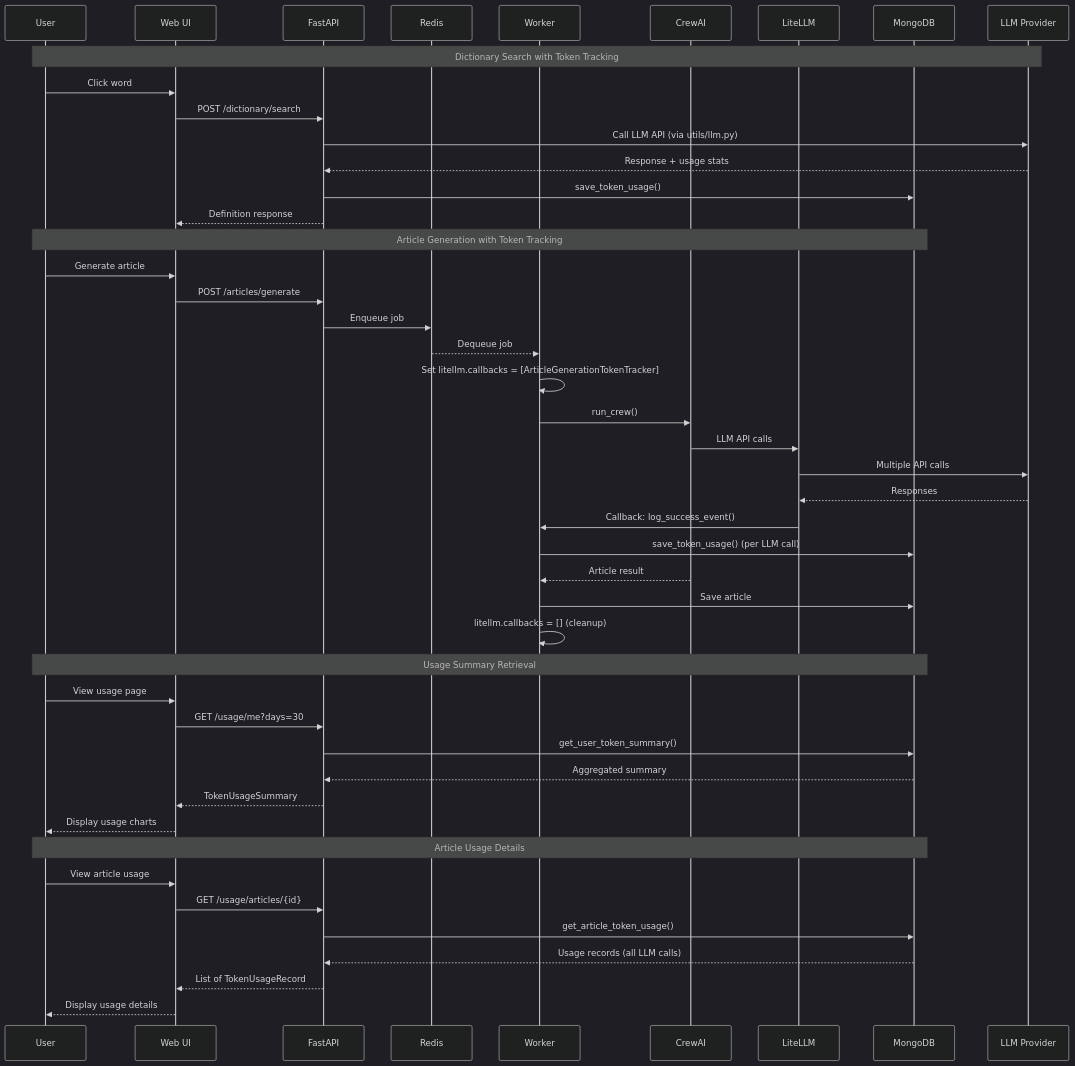
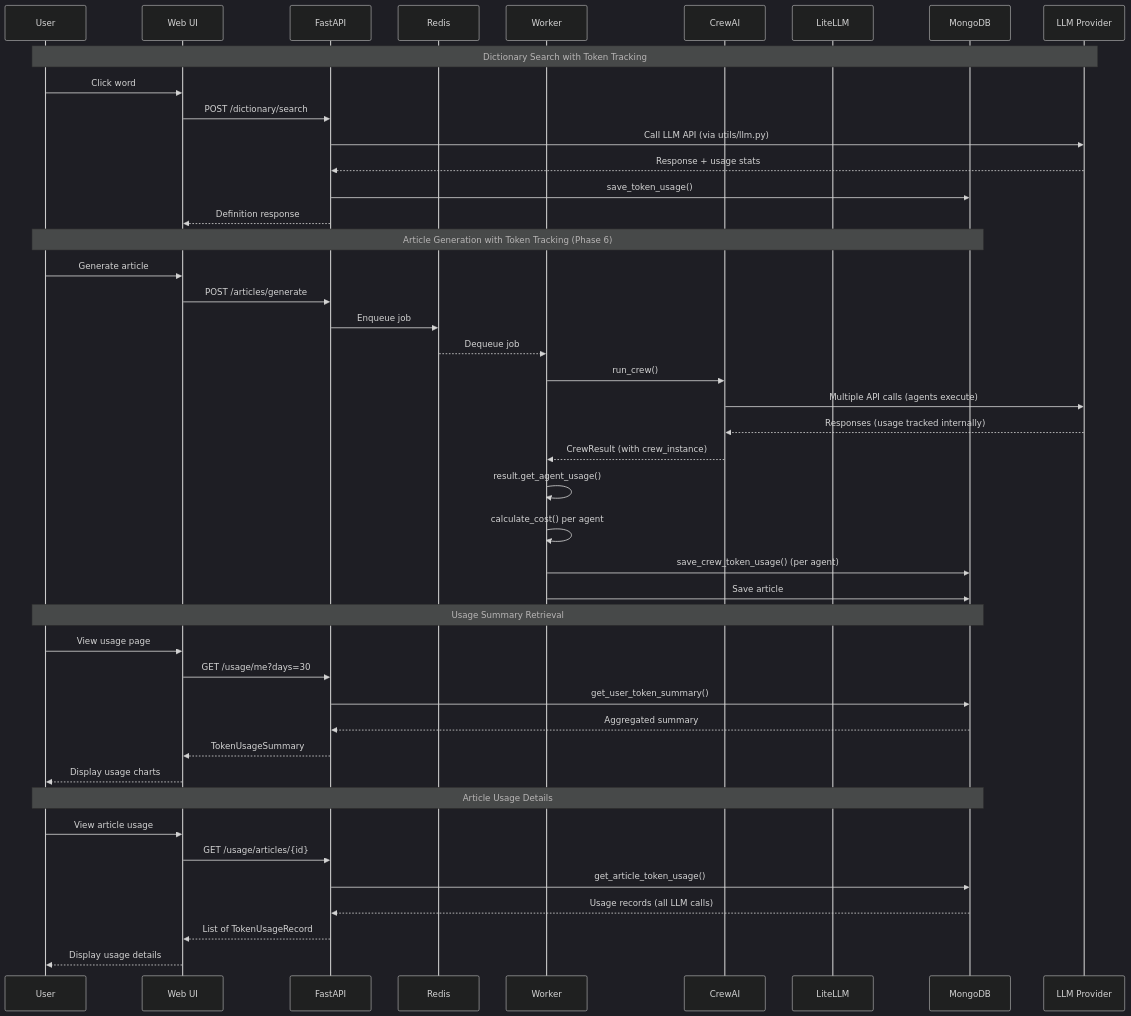
Before and after one commit to seung-gu/opad: the third of 5 diagrams in docs/ARCHITECTURE.md, drawn with Mermaid (dark theme). The commit also changed other lines of this file and 37 other files, not shown here.

````diff
--- a/docs/ARCHITECTURE.md
+++ b/docs/ARCHITECTURE.md
@@ -470,52 +470,50 @@
 ```mermaid
 sequenceDiagram
     participant User
     participant WebUI as Web UI
     participant API as FastAPI
     participant Redis
     participant Worker
     participant CrewAI
     participant LiteLLM
     participant MongoDB
     participant LLM as LLM Provider
 
     Note over User,LLM: Dictionary Search with Token Tracking
     User->>WebUI: Click word
     WebUI->>API: POST /dictionary/search
     API->>LLM: Call LLM API (via utils/llm.py)
     LLM-->>API: Response + usage stats
     API->>MongoDB: save_token_usage()
     API-->>WebUI: Definition response
 
-    Note over User,MongoDB: Article Generation with Token Tracking
+    Note over User,MongoDB: Article Generation with Token Tracking (Phase 6)
     User->>WebUI: Generate article
     WebUI->>API: POST /articles/generate
     API->>Redis: Enqueue job
     Redis-->>Worker: Dequeue job
-    Worker->>Worker: Set litellm.callbacks = [ArticleGenerationTokenTracker]
     Worker->>CrewAI: run_crew()
-    CrewAI->>LiteLLM: LLM API calls
-    LiteLLM->>LLM: Multiple API calls
-    LLM-->>LiteLLM: Responses
-    LiteLLM->>Worker: Callback: log_success_event()
-    Worker->>MongoDB: save_token_usage() (per LLM call)
-    CrewAI-->>Worker: Article result
+    CrewAI->>LLM: Multiple API calls (agents execute)
+    LLM-->>CrewAI: Responses (usage tracked internally)
+    CrewAI-->>Worker: CrewResult (with crew_instance)
+    Worker->>Worker: result.get_agent_usage()
+    Worker->>Worker: calculate_cost() per agent
+    Worker->>MongoDB: save_crew_token_usage() (per agent)
     Worker->>MongoDB: Save article
-    Worker->>Worker: litellm.callbacks = [] (cleanup)
 
     Note over User,MongoDB: Usage Summary Retrieval
     User->>WebUI: View usage page
     WebUI->>API: GET /usage/me?days=30
     API->>MongoDB: get_user_token_summary()
     MongoDB-->>API: Aggregated summary
     API-->>WebUI: TokenUsageSummary
     WebUI-->>User: Display usage charts
 
     Note over User,MongoDB: Article Usage Details
     User->>WebUI: View article usage
     WebUI->>API: GET /usage/articles/{id}
     API->>MongoDB: get_article_token_usage()
     MongoDB-->>API: Usage records (all LLM calls)
     API-->>WebUI: List of TokenUsageRecord
     WebUI-->>User: Display usage details
 ```
````
